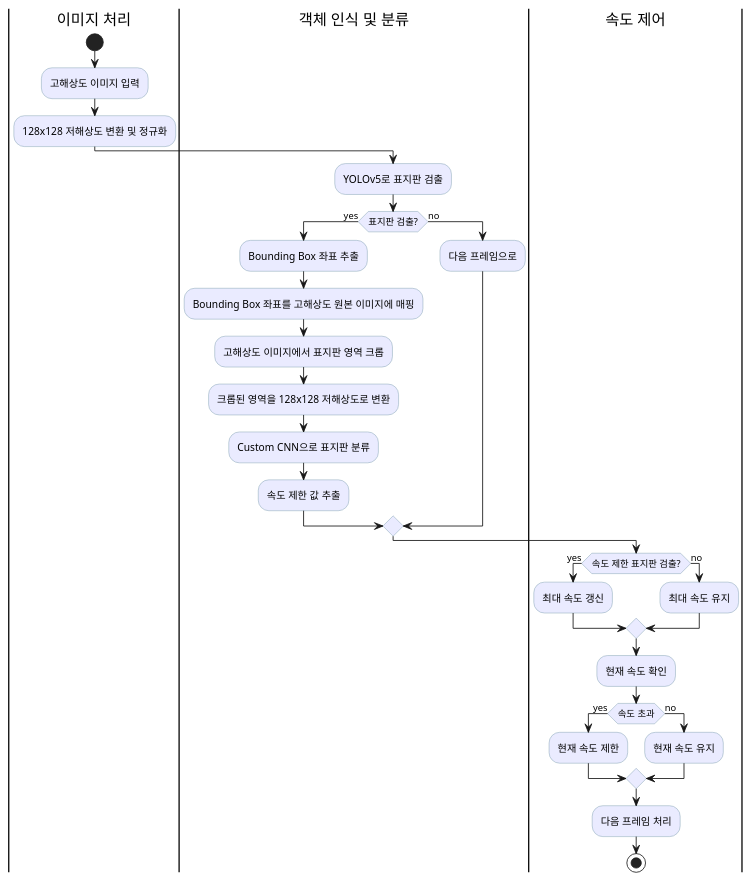
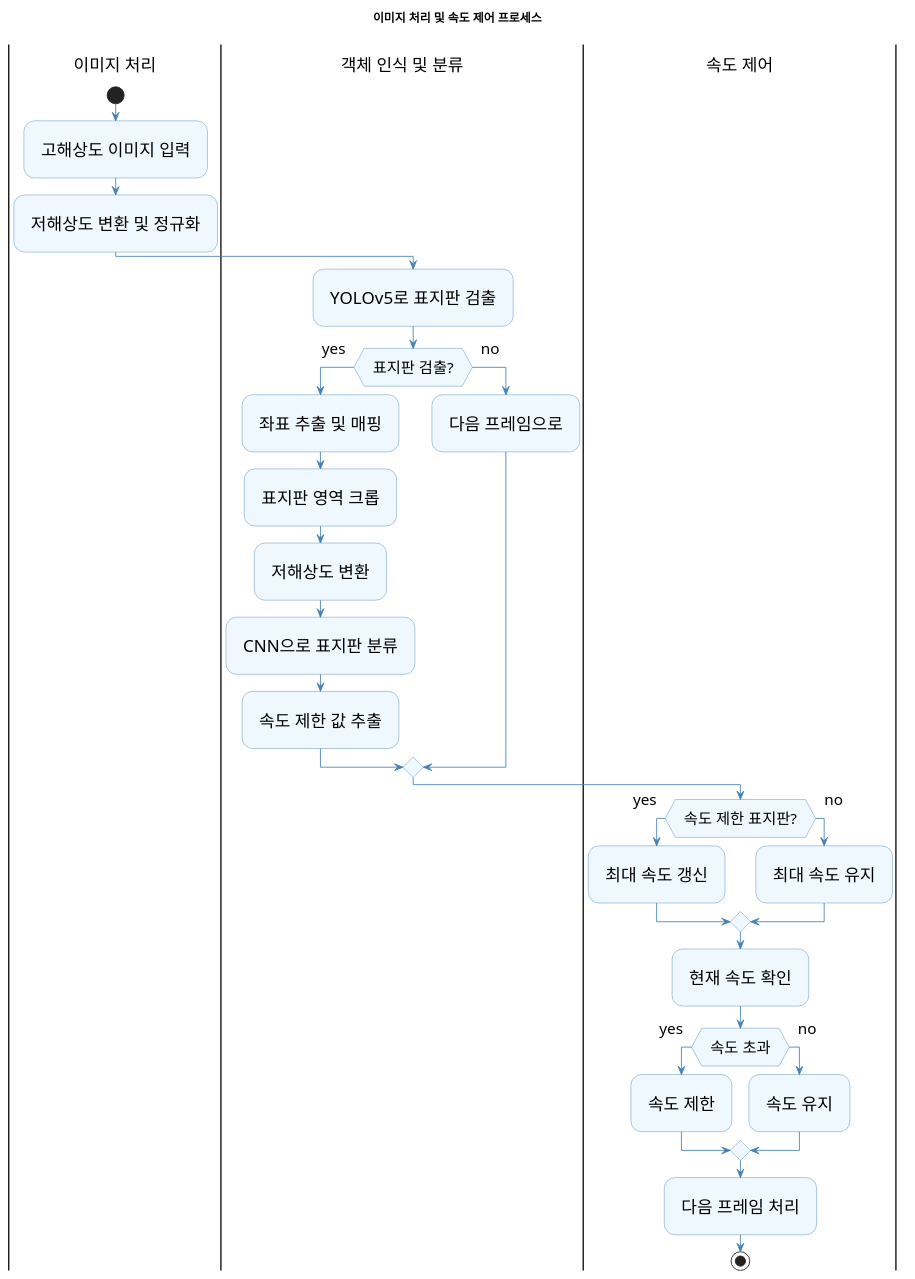
Before and after one commit to Hyunoh430/traffic-sign-detection-raspberry: the diagram in plantUML.puml, drawn with PlantUML.

```diff
--- a/plantUML.puml
+++ b/plantUML.puml
@@ -1,38 +1,45 @@
 @startuml
-skinparam backgroundColor transparent
-skinparam ActivityBackgroundColor #eaebff
-skinparam ActivityBorderColor #7497a6
+skinparam backgroundColor white
+skinparam ActivityBackgroundColor #F0F8FF
+skinparam ActivityBorderColor #4682B4
 skinparam ActivityFontColor black
+skinparam ArrowColor #4682B4
+skinparam DefaultFontSize 20
+skinparam ActivityFontSize 20
+skinparam ArrowFontSize 18
+skinparam ActivityDiamondFontSize 18
+skinparam Padding 10
+skinparam Margin 14
+
+title 이미지 처리 및 속도 제어 프로세스
 
 |이미지 처리|
 start
 :고해상도 이미지 입력;
-:128x128 저해상도 변환 및 정규화;
+:저해상도 변환 및 정규화;
 |객체 인식 및 분류|
 :YOLOv5로 표지판 검출;
 if (표지판 검출?) then (yes)
-  :Bounding Box 좌표 추출;
-  :Bounding Box 좌표를 고해상도 원본 이미지에 매핑;
-  :고해상도 이미지에서 표지판 영역 크롭;
-  :크롭된 영역을 128x128 저해상도로 변환;
-  :Custom CNN으로 표지판 분류;
-  :속도 제한 값 추출;
-
+ :좌표 추출 및 매핑;
+ :표지판 영역 크롭;
+ :저해상도 변환;
+ :CNN으로 표지판 분류;
+ :속도 제한 값 추출;
 else (no)
-  :다음 프레임으로;
+ :다음 프레임으로;
 endif
 |속도 제어|
-if (속도 제한 표지판 검출?) then (yes)
-  :최대 속도 갱신;
+if (속도 제한 표지판?) then (yes)
+ :최대 속도 갱신;
 else (no)
-  :최대 속도 유지;
+ :최대 속도 유지;
 endif
 :현재 속도 확인;
 if (속도 초과) then (yes)
-  :현재 속도 제한;
+ :속도 제한;
 else (no)
-  :현재 속도 유지;
+ :속도 유지;
 endif
 :다음 프레임 처리;
 stop
 @enduml
```
